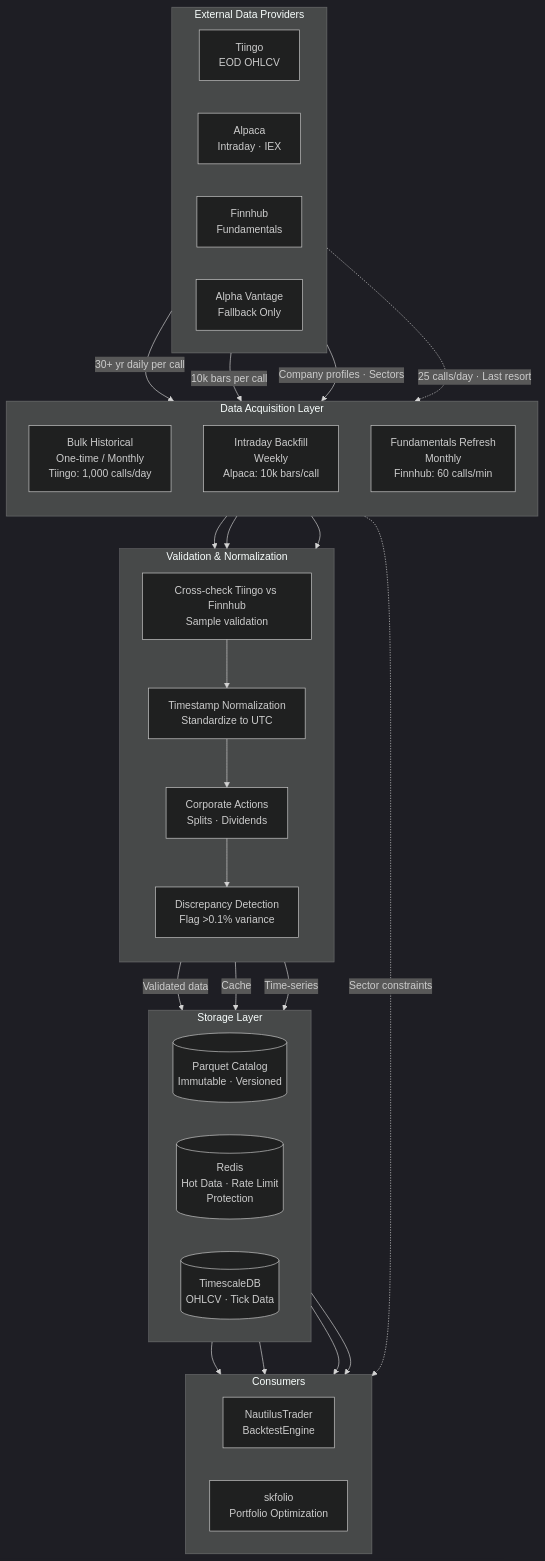
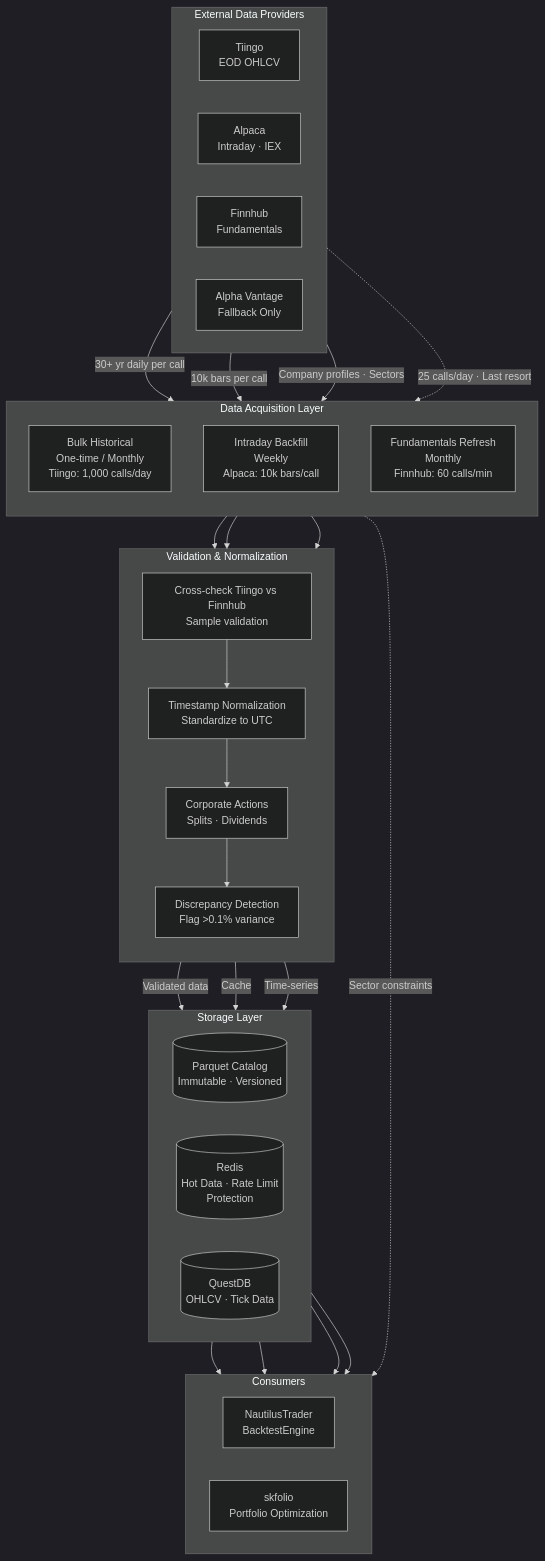
The second of 4 diagrams in data_providers.md (huydhoang/quantlens-docs), drawn with Mermaid (dark theme) before and after one commit. The commit also changed 5 other files, not shown here.

Commit message:
docs: update to local-first architecture with QuestDB, Docker Compose, and Neon platform

````diff
--- a/data_providers.md
+++ b/data_providers.md
@@ -168,60 +168,60 @@
 ```mermaid
 flowchart TB
     subgraph Providers["External Data Providers"]
         direction LR
         T[Tiingo<br/>EOD OHLCV]
         A[Alpaca<br/>Intraday · IEX]
         F[Finnhub<br/>Fundamentals]
         AV[Alpha Vantage<br/>Fallback Only]
     end
 
     subgraph Acquisition["Data Acquisition Layer"]
         direction TB
         BULK["Bulk Historical<br/>One-time / Monthly<br/>Tiingo: 1,000 calls/day"]
         INTRA["Intraday Backfill<br/>Weekly<br/>Alpaca: 10k bars/call"]
         FUND["Fundamentals Refresh<br/>Monthly<br/>Finnhub: 60 calls/min"]
     end
 
     subgraph Validation["Validation & Normalization"]
         direction TB
         CROSS["Cross-check Tiingo vs Finnhub<br/>Sample validation"]
         NORM["Timestamp Normalization<br/>Standardize to UTC"]
         CORP["Corporate Actions<br/>Splits · Dividends"]
         FLAG["Discrepancy Detection<br/>Flag >0.1% variance"]
     end
 
     subgraph Storage["Storage Layer"]
         direction LR
         PARQ[(Parquet Catalog<br/>Immutable · Versioned)]
         REDIS[(Redis<br/>Hot Data · Rate Limit<br/>Protection)]
-        TSDB[(TimescaleDB<br/>OHLCV · Tick Data)]
+        TSDB[(QuestDB<br/>OHLCV · Tick Data)]
     end
 
     subgraph Consumers["Consumers"]
         direction LR
         NT[NautilusTrader<br/>BacktestEngine]
         PPO[skfolio<br/>Portfolio Optimization]
     end
 
     T -->|"30+ yr daily per call"| BULK
     A -->|"10k bars per call"| INTRA
     F -->|"Company profiles · Sectors"| FUND
     AV -.->|"25 calls/day · Last resort"| BULK
 
     BULK --> CROSS
     INTRA --> CROSS
     FUND --> NORM
     CROSS --> NORM
     NORM --> CORP
     CORP --> FLAG
 
     FLAG -->|"Validated data"| PARQ
     FLAG -->|"Cache"| REDIS
     FLAG -->|"Time-series"| TSDB
 
     PARQ --> NT
     PARQ --> PPO
     REDIS --> NT
     TSDB --> NT
     FUND -.->|"Sector constraints"| PPO
 ```
````
